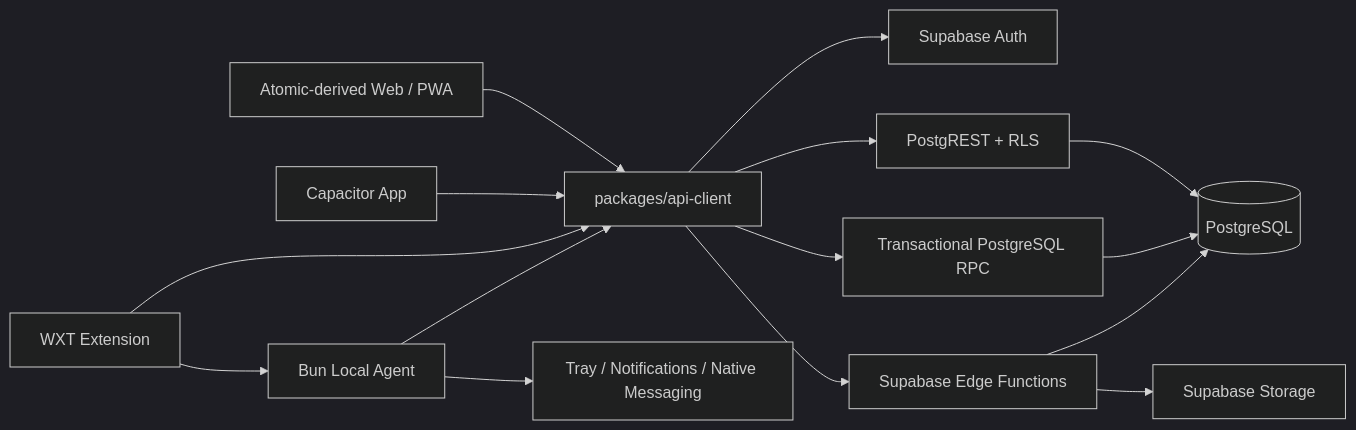
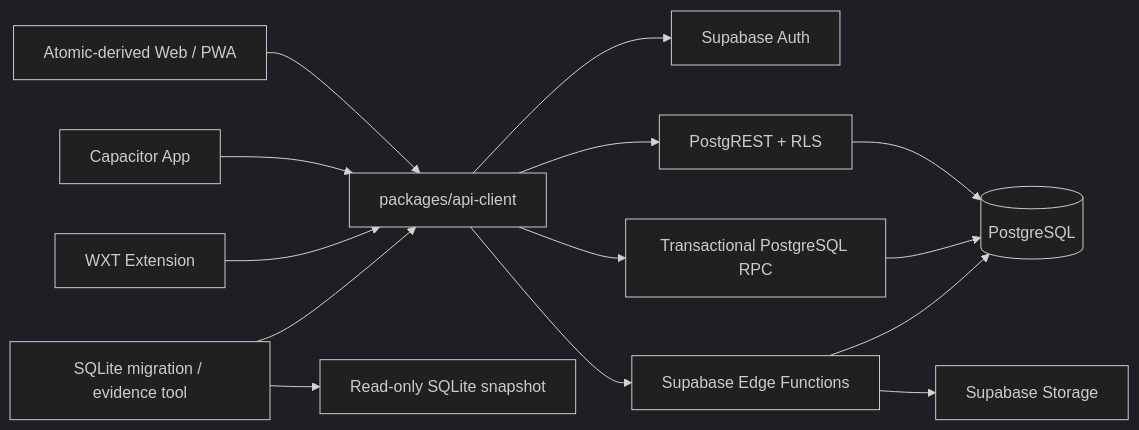
One commit to round123/dealpilot changed the diagram in docs/cloud-multiplatform-refactor-plan.md. Above: the diagram before and after it, drawn with Mermaid (dark theme). The commit also changed other lines of this file and 25 other files, not shown here.

````diff
--- a/docs/cloud-multiplatform-refactor-plan.md
+++ b/docs/cloud-multiplatform-refactor-plan.md
@@ -81,17 +84,16 @@
 ```mermaid
 flowchart LR
     WEB["Atomic-derived Web / PWA"] --> CLIENT["packages/api-client"]
     MOBILE["Capacitor App"] --> CLIENT
     EXT["WXT Extension"] --> CLIENT
-    AGENT["Bun Local Agent"] --> CLIENT
-    EXT --> AGENT
-    AGENT --> OS["Tray / Notifications / Native Messaging"]
+    MIG["SQLite migration / evidence tool"] --> CLIENT
+    MIG --> SNAP["Read-only SQLite snapshot"]
     CLIENT --> AUTH["Supabase Auth"]
     CLIENT --> REST["PostgREST + RLS"]
     CLIENT --> RPC["Transactional PostgreSQL RPC"]
     CLIENT --> EDGE["Supabase Edge Functions"]
     REST --> PG[(PostgreSQL)]
     RPC --> PG
     EDGE --> PG
     EDGE --> STORAGE["Supabase Storage"]
 ```
````
